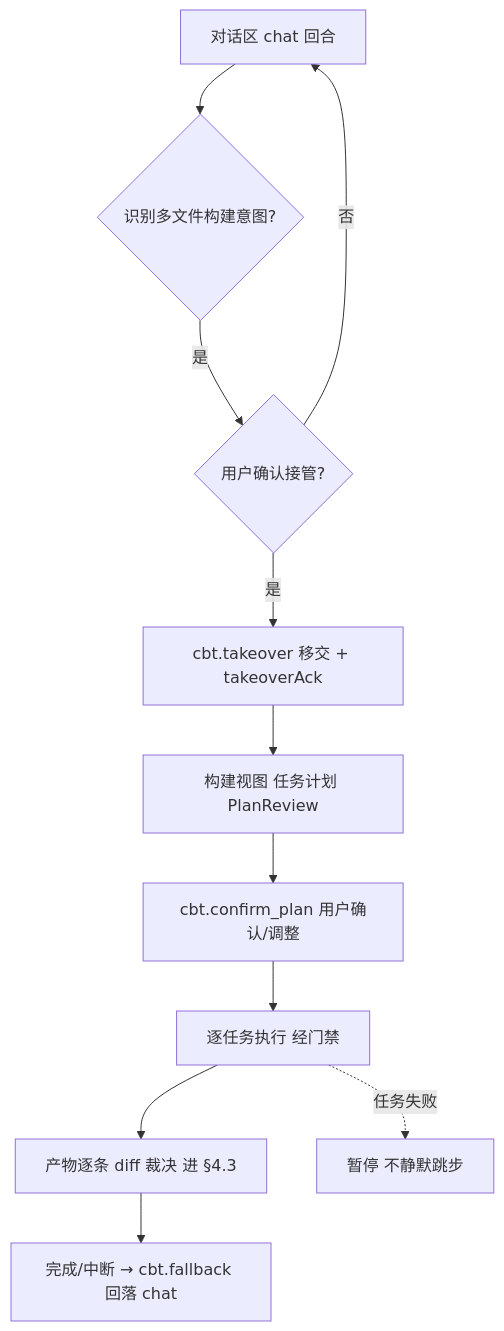
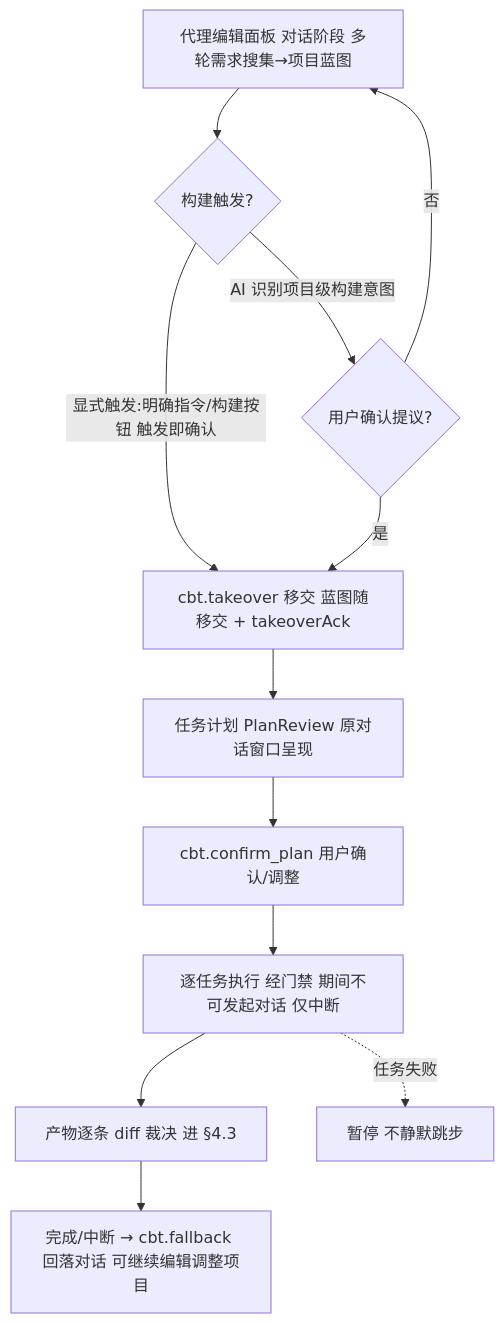
Before and after one commit to adu-chen/binder-desktop: the eighth of 10 diagrams in docs/01_modules/SYS/A-SYS-C-T-02_前端交互架构与流程总图.md, drawn with Mermaid. The commit also changed other lines of this file and 60 other files, not shown here.

````diff
--- a/docs/01_modules/SYS/A-SYS-C-T-02_前端交互架构与流程总图.md
+++ b/docs/01_modules/SYS/A-SYS-C-T-02_前端交互架构与流程总图.md
@@ -241,13 +243,14 @@
 ```mermaid
 flowchart TD
-  CH[对话区 chat 回合] --> ID2{识别多文件构建意图?}
-  ID2 -- 是 --> CFM{用户确认接管?}
+  CH[代理编辑面板 对话阶段 多轮需求搜集→项目蓝图] --> TRG{构建触发?}
+  TRG -- 显式触发:明确指令/构建按钮 触发即确认 --> TK[cbt.takeover 移交 蓝图随移交 + takeoverAck]
+  TRG -- AI 识别项目级构建意图 --> CFM{用户确认提议?}
   CFM -- 否 --> CH
-  CFM -- 是 --> TK[cbt.takeover 移交 + takeoverAck]
-  TK --> PL[构建视图 任务计划 PlanReview]
+  CFM -- 是 --> TK
+  TK --> PL[任务计划 PlanReview 原对话窗口呈现]
   PL --> CP[cbt.confirm_plan 用户确认/调整]
-  CP --> RUN[逐任务执行 经门禁]
+  CP --> RUN[逐任务执行 经门禁 期间不可发起对话 仅中断]
   RUN --> ADJ[产物逐条 diff 裁决 进 §4.3]
   RUN -. 任务失败 .-> PA[暂停 不静默跳步]
-  ADJ --> FB[完成/中断 → cbt.fallback 回落 chat]
+  ADJ --> FB[完成/中断 → cbt.fallback 回落对话 可继续编辑调整项目]
 ```
````
